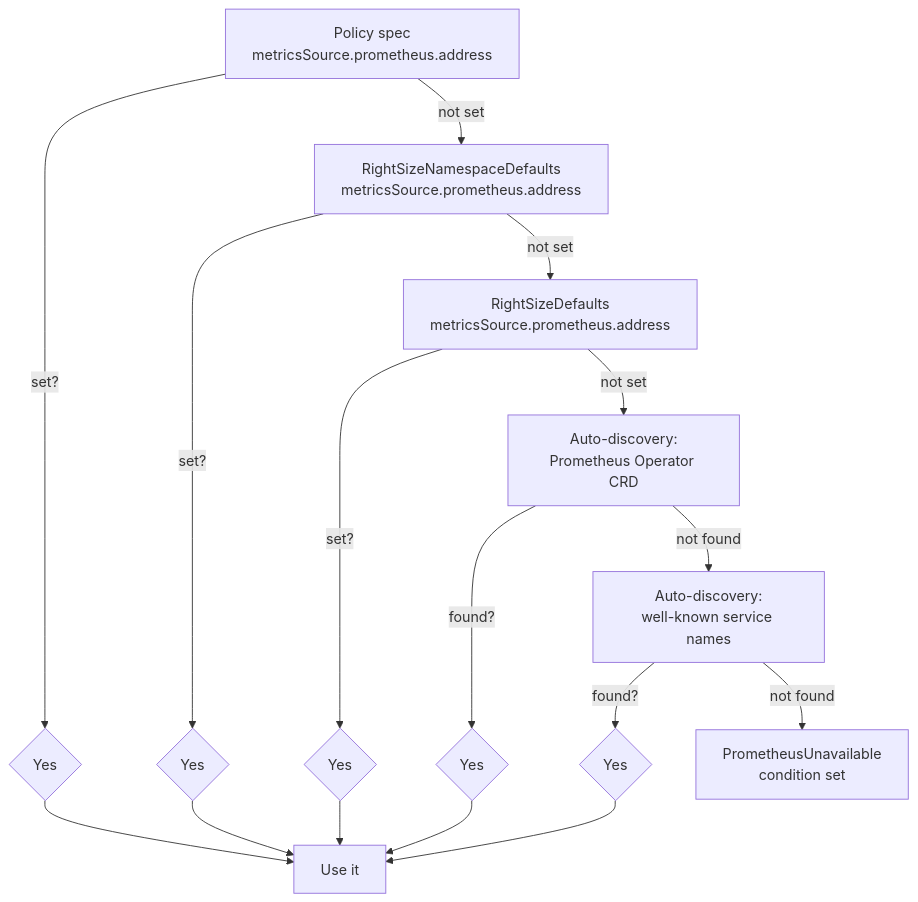
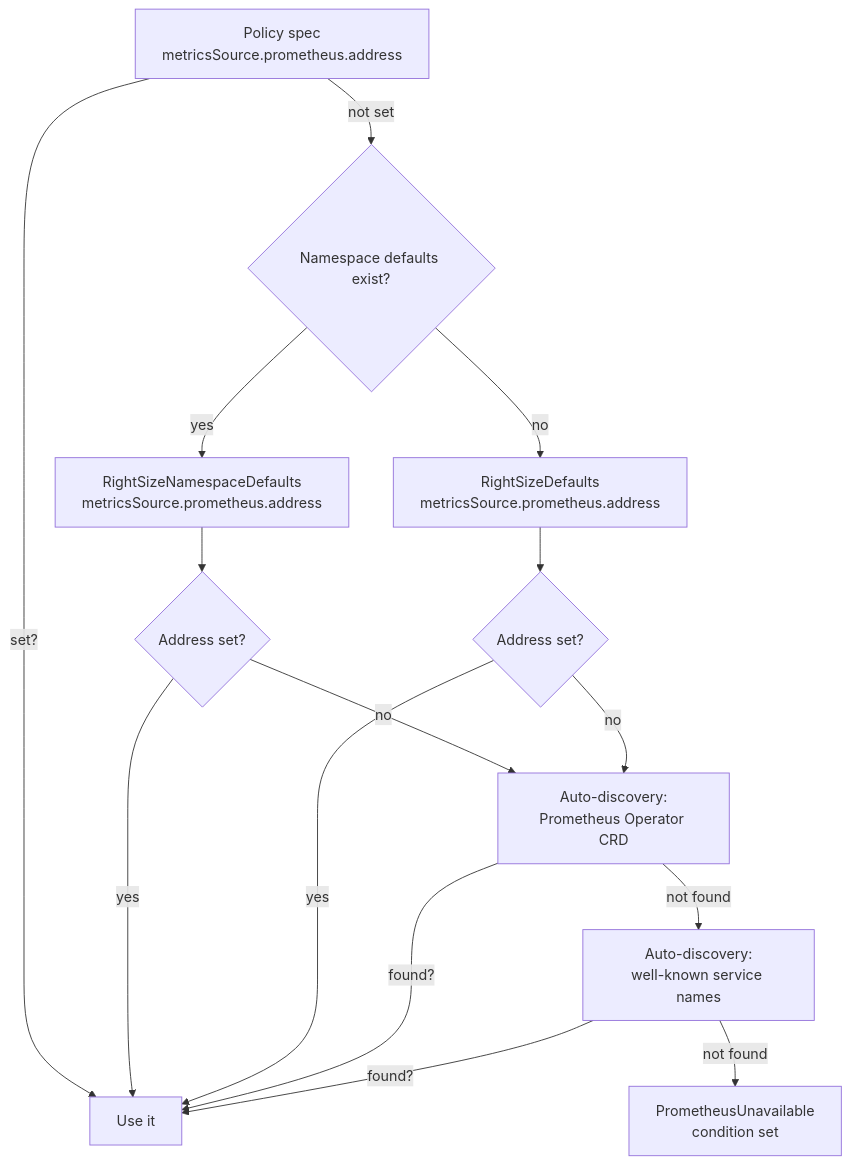
Before and after one commit to attune-io/attune: the diagram in docs/guides/prometheus-setup.md, drawn with Mermaid. The commit also changed other lines of this file and 5 other files, not shown here.

Commit message:
Align architecture docs with defaults resolution

````diff
--- a/docs/guides/prometheus-setup.md
+++ b/docs/guides/prometheus-setup.md
@@ -37,18 +37,17 @@
 ```mermaid
 flowchart TD
-    A[Policy spec<br/>metricsSource.prometheus.address] -->|set?| B{Yes}
-    B --> Z[Use it]
-    A -->|not set| C[RightSizeNamespaceDefaults<br/>metricsSource.prometheus.address]
-    C -->|set?| D{Yes}
-    D --> Z
-    C -->|not set| E[RightSizeDefaults<br/>metricsSource.prometheus.address]
-    E -->|set?| F{Yes}
-    F --> Z
-    E -->|not set| G[Auto-discovery:<br/>Prometheus Operator CRD]
-    G -->|found?| H{Yes}
-    H --> Z
-    G -->|not found| I[Auto-discovery:<br/>well-known service names]
-    I -->|found?| J{Yes}
-    J --> Z
-    I -->|not found| K[PrometheusUnavailable<br/>condition set]
+    A[Policy spec<br/>metricsSource.prometheus.address] -->|set?| Z[Use it]
+    A -->|not set| B{Namespace defaults exist?}
+    B -->|yes| C[RightSizeNamespaceDefaults<br/>metricsSource.prometheus.address]
+    C --> D{Address set?}
+    D -->|yes| Z
+    D -->|no| G[Auto-discovery:<br/>Prometheus Operator CRD]
+    B -->|no| E[RightSizeDefaults<br/>metricsSource.prometheus.address]
+    E --> F{Address set?}
+    F -->|yes| Z
+    F -->|no| G
+    G -->|found?| Z
+    G -->|not found| H[Auto-discovery:<br/>well-known service names]
+    H -->|found?| Z
+    H -->|not found| I[PrometheusUnavailable<br/>condition set]
 ```
````
